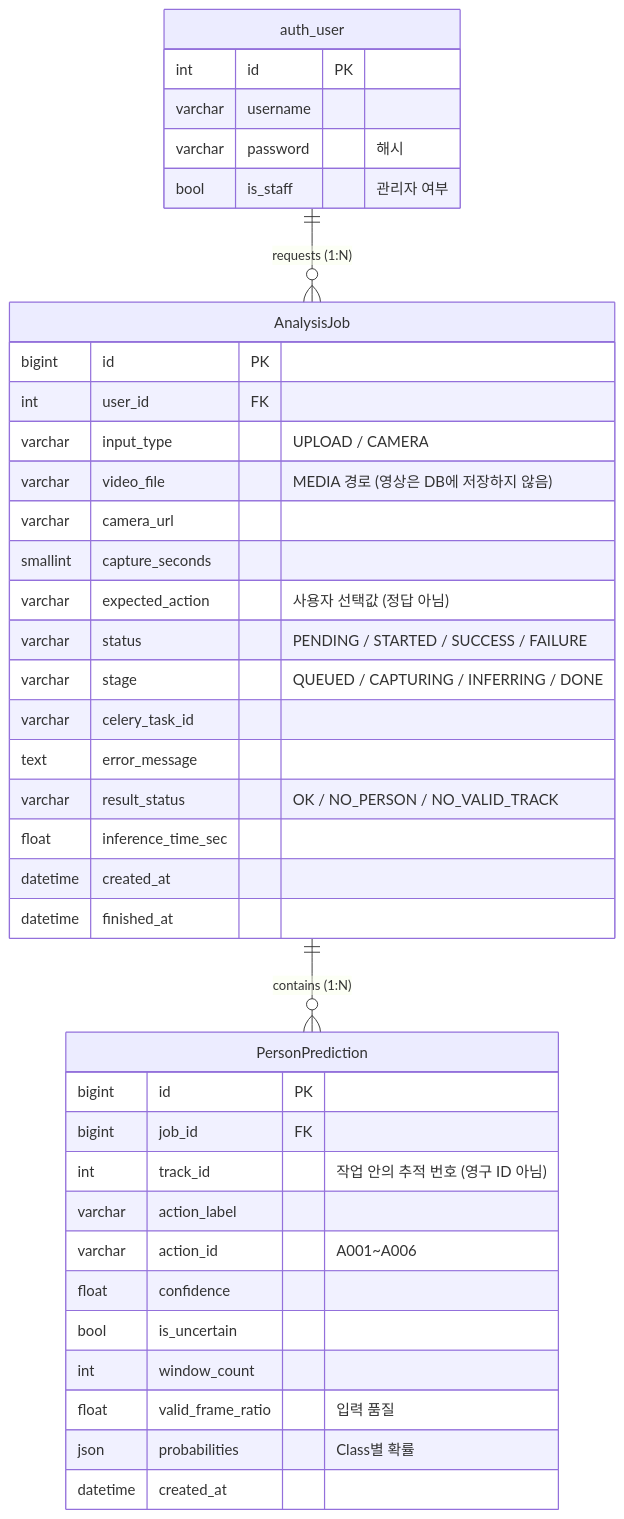
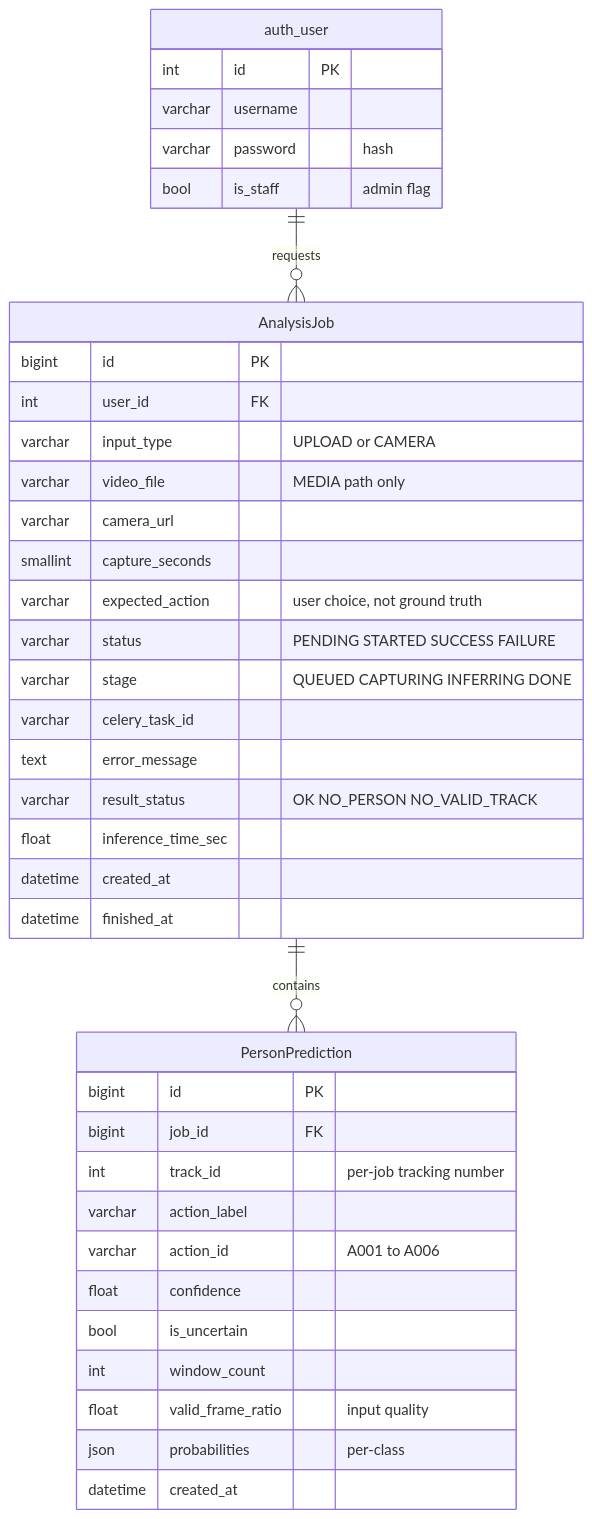
The second of 3 diagrams in README.md (yonghoonchoi88/VisionAI_Motion_Analysis), drawn with Mermaid before and after one commit. The commit also changed other lines of this file, not shown here.

````diff
--- a/README.md
+++ b/README.md
@@ -130,42 +143,42 @@
 ```mermaid
 erDiagram
-    auth_user ||--o{ AnalysisJob : "requests (1:N)"
-    AnalysisJob ||--o{ PersonPrediction : "contains (1:N)"
+    auth_user ||--o{ AnalysisJob : "requests"
+    AnalysisJob ||--o{ PersonPrediction : "contains"
 
     auth_user {
         int id PK
         varchar username
-        varchar password "해시"
-        bool is_staff "관리자 여부"
+        varchar password "hash"
+        bool is_staff "admin flag"
     }
     AnalysisJob {
         bigint id PK
         int user_id FK
-        varchar input_type "UPLOAD / CAMERA"
-        varchar video_file "MEDIA 경로 (영상은 DB에 저장하지 않음)"
+        varchar input_type "UPLOAD or CAMERA"
+        varchar video_file "MEDIA path only"
         varchar camera_url
         smallint capture_seconds
-        varchar expected_action "사용자 선택값 (정답 아님)"
-        varchar status "PENDING / STARTED / SUCCESS / FAILURE"
-        varchar stage "QUEUED / CAPTURING / INFERRING / DONE"
+        varchar expected_action "user choice, not ground truth"
+        varchar status "PENDING STARTED SUCCESS FAILURE"
+        varchar stage "QUEUED CAPTURING INFERRING DONE"
         varchar celery_task_id
         text error_message
-        varchar result_status "OK / NO_PERSON / NO_VALID_TRACK"
+        varchar result_status "OK NO_PERSON NO_VALID_TRACK"
         float inference_time_sec
         datetime created_at
         datetime finished_at
     }
     PersonPrediction {
         bigint id PK
         bigint job_id FK
-        int track_id "작업 안의 추적 번호 (영구 ID 아님)"
+        int track_id "per-job tracking number"
         varchar action_label
-        varchar action_id "A001~A006"
+        varchar action_id "A001 to A006"
         float confidence
         bool is_uncertain
         int window_count
-        float valid_frame_ratio "입력 품질"
-        json probabilities "Class별 확률"
+        float valid_frame_ratio "input quality"
+        json probabilities "per-class"
         datetime created_at
     }
 ```
````
